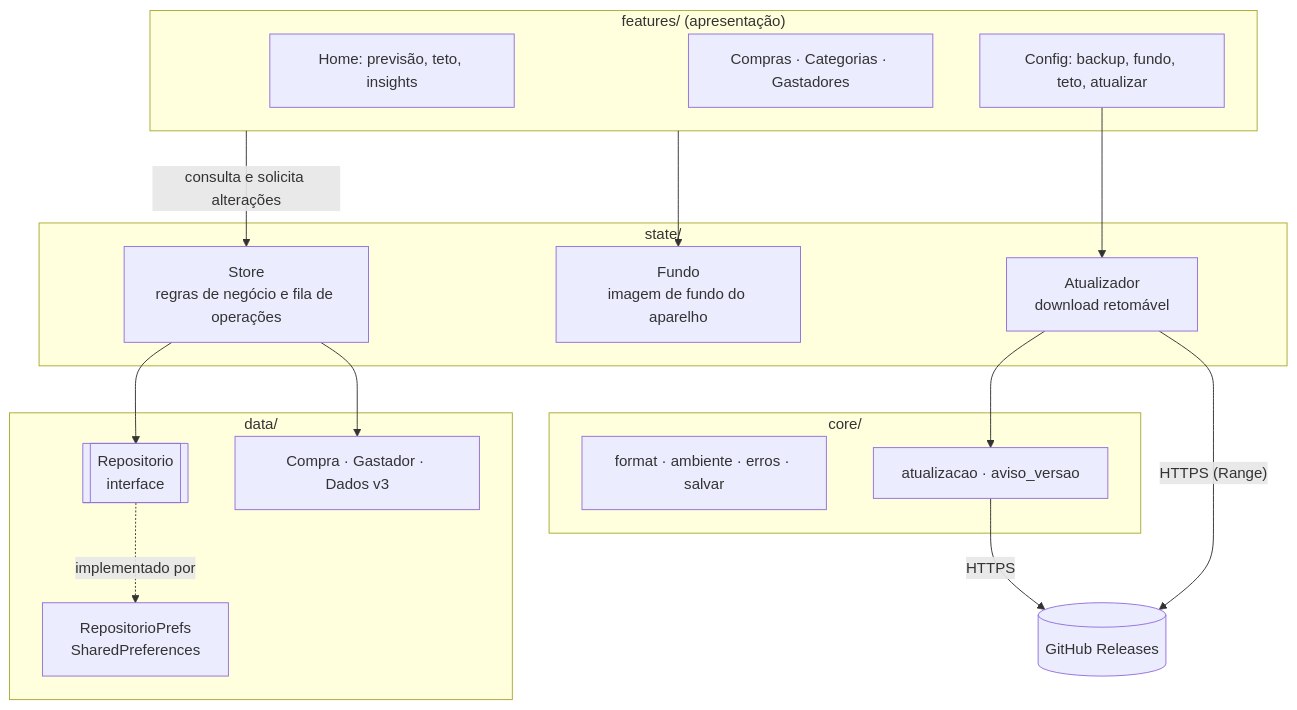
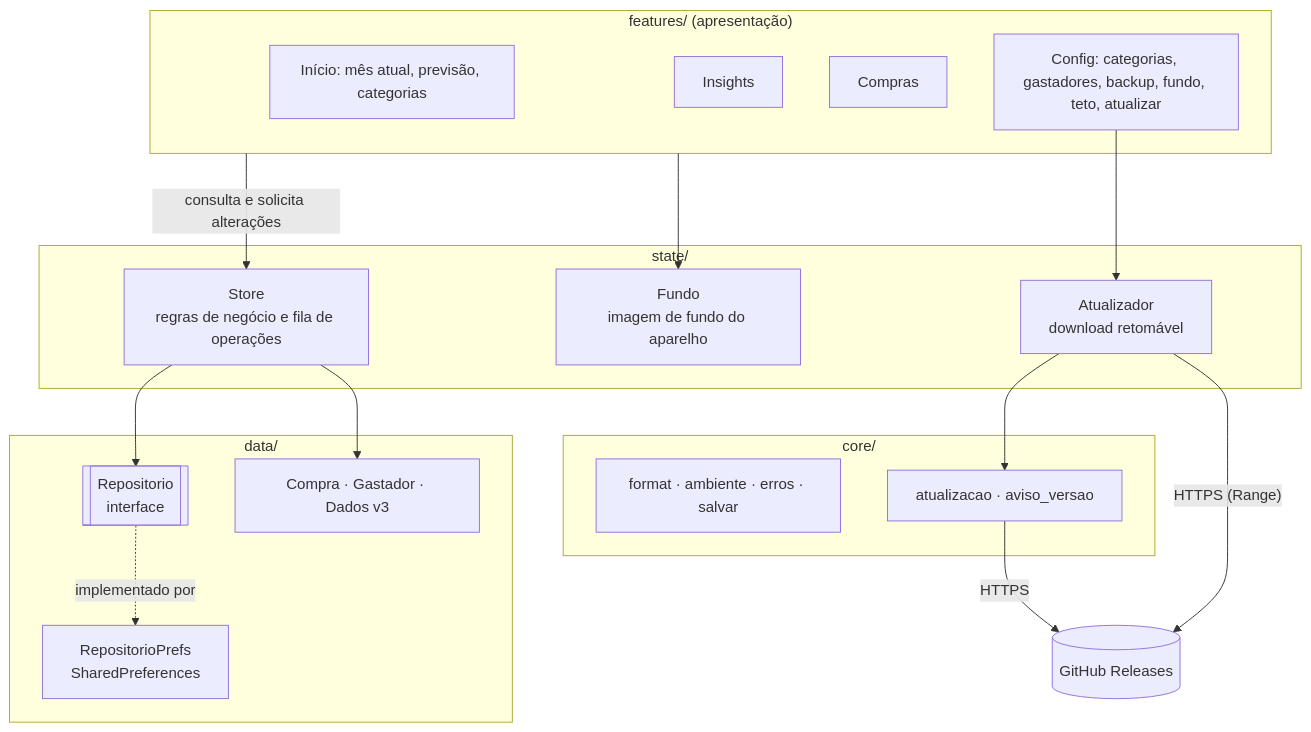
One commit to claulis/mesquevem changed the diagram in README.md. Above: the diagram before and after it, drawn with Mermaid. The commit also changed other lines of this file, not shown here.

````diff
--- a/README.md
+++ b/README.md
@@ -135,33 +139,34 @@
 ```mermaid
 flowchart TD
     subgraph UI["features/ (apresentação)"]
-        H[Home: previsão, teto, insights]
-        C[Compras · Categorias · Gastadores]
-        CFG[Config: backup, fundo, teto, atualizar]
+        H[Início: mês atual, previsão, categorias]
+        I[Insights]
+        C[Compras]
+        CFG[Config: categorias, gastadores, backup, fundo, teto, atualizar]
     end
     subgraph Estado["state/"]
         S[Store<br/>regras de negócio e fila de operações]
         F[Fundo<br/>imagem de fundo do aparelho]
         AT[Atualizador<br/>download retomável]
     end
     subgraph Dados["data/"]
         R[[Repositorio<br/>interface]]
         RP[RepositorioPrefs<br/>SharedPreferences]
         M[Compra · Gastador · Dados v3]
     end
     subgraph Core["core/"]
         U[format · ambiente · erros · salvar]
         A[atualizacao · aviso_versao]
     end
     GH[(GitHub Releases)]
 
     UI -- consulta e solicita alterações --> S
     UI --> F
     CFG --> AT
     S --> R
     R -. implementado por .-> RP
     S --> M
     AT --> A
     A -- HTTPS --> GH
     AT -- "HTTPS (Range)" --> GH
 ```
````
